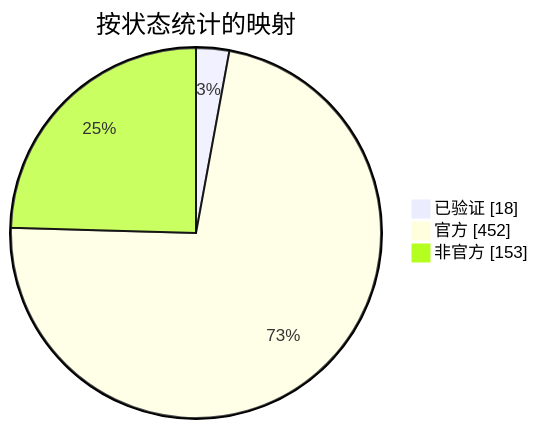
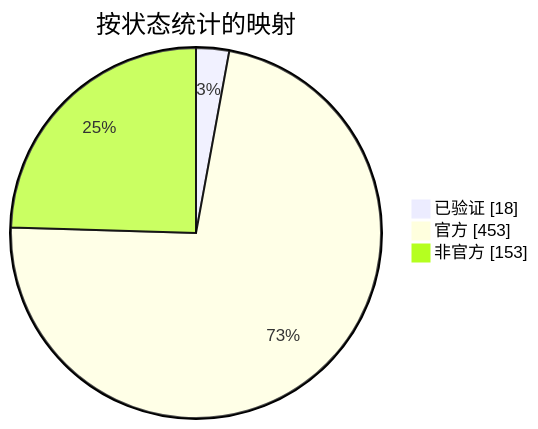
Before and after one commit to nobrega8/mbmap-library: the diagram in docs/readme/README_ZHS.md, drawn with Mermaid. The commit also changed 6 other files, not shown here.

````diff
--- a/docs/readme/README_ZHS.md
+++ b/docs/readme/README_ZHS.md
@@ -54,7 +54,7 @@
 ```mermaid
 pie showData
     title 按状态统计的映射
     "已验证" : 18
-    "官方" : 452
+    "官方" : 453
     "非官方" : 153
 ```
````
